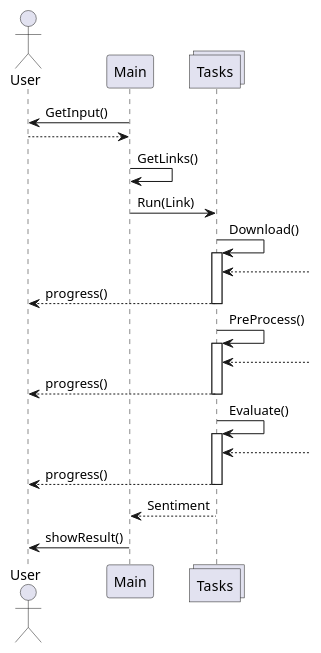
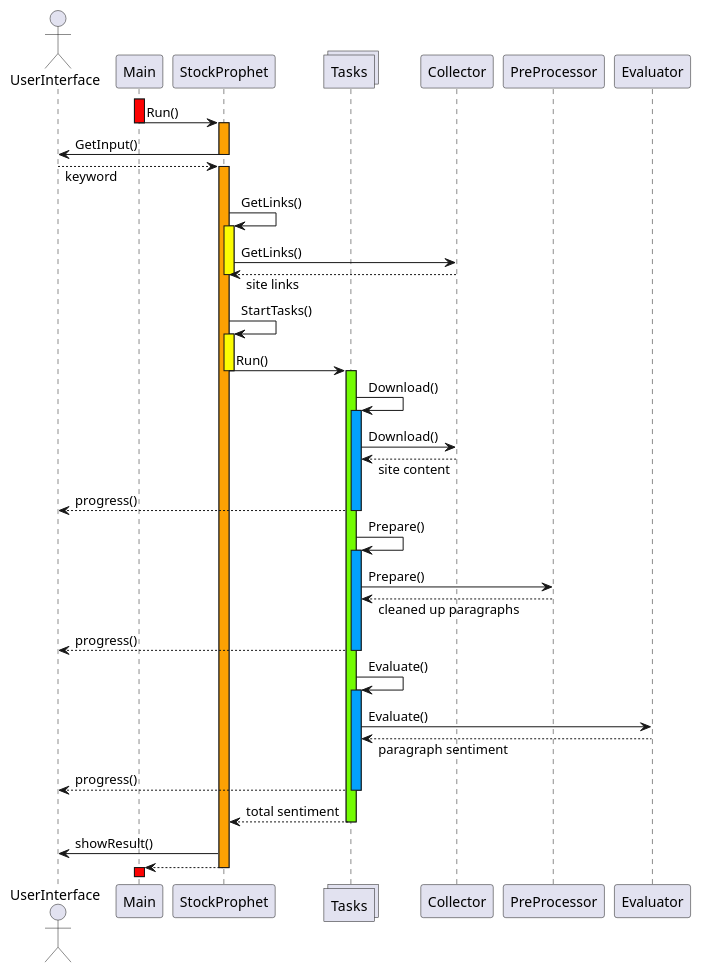
One commit to Ifi-Softwareentwicklung-SoSe2023/TUBAF_SE-Project_StockProphet changed the diagram in doc/mainAppSequence.plantuml. Above: the diagram before and after it, drawn with PlantUML.

```diff
--- a/doc/mainAppSequence.plantuml
+++ b/doc/mainAppSequence.plantuml
@@ -1,35 +1,81 @@
-@startuml MainApp Sequence Diagram
+@startuml StockProphetApp Sequence Diagram
 
-actor User
-participant Main 
+skinparam ResponseMessageBelowArrow true
+
+
+' participants '
+
+actor UserInterface
+participant Main
+participant StockProphet 
 collections Tasks
 
-Main -> User : GetInput()
-User --> Main
+participant Collector
+participant PreProcessor
+participant Evaluator
 
-Main -> Main : GetLinks()
 
-Main -> Tasks : Run(Link)
+
+' startup sequence '
+
+activate Main #fc0303
+Main -> StockProphet : Run()
+deactivate Main
+activate StockProphet #fca103
+
+StockProphet -> UserInterface : GetInput()
+deactivate StockProphet
+StockProphet <-- UserInterface : keyword
+activate StockProphet #fca103
+
+StockProphet -> StockProphet : GetLinks()
+activate StockProphet #fcfc03
+StockProphet -> Collector : GetLinks()
+StockProphet <-- Collector : site links
+deactivate StockProphet
+
+StockProphet -> StockProphet : StartTasks()
+activate StockProphet #fcfc03
+StockProphet -> Tasks : Run()
+deactivate StockProphet
+activate Tasks #73fc03
+
+
+
+' parallel task sequence '
 
 Tasks -> Tasks : Download()
-activate Tasks
-Tasks <--
-Tasks --> User : progress()
+activate Tasks #03a1fc
+Tasks -> Collector : Download()
+Tasks <-- Collector : site content
+Tasks --> UserInterface : progress()
 deactivate Tasks
 
-Tasks -> Tasks : PreProcess()
-activate Tasks
-Tasks <--
-Tasks --> User : progress()
+Tasks -> Tasks : Prepare()
+activate Tasks #03a1fc
+Tasks -> PreProcessor : Prepare()
+Tasks <-- PreProcessor : cleaned up paragraphs
+Tasks --> UserInterface : progress()
 deactivate Tasks
 
 Tasks -> Tasks : Evaluate()
-activate Tasks
-Tasks <--
-Tasks --> User : progress()
+activate Tasks #03a1fc
+Tasks -> Evaluator : Evaluate()
+Tasks <-- Evaluator : paragraph sentiment
+Tasks --> UserInterface : progress()
 deactivate Tasks
 
-Tasks --> Main : Sentiment
-Main -> User : showResult()
+Tasks --> StockProphet : total sentiment
+deactivate Tasks
+
+
+
+' end sequence '
+
+StockProphet -> UserInterface : showResult()
+
+StockProphet --> Main
+deactivate StockProphet
+activate Main #fc0303
 
 @enduml
```
